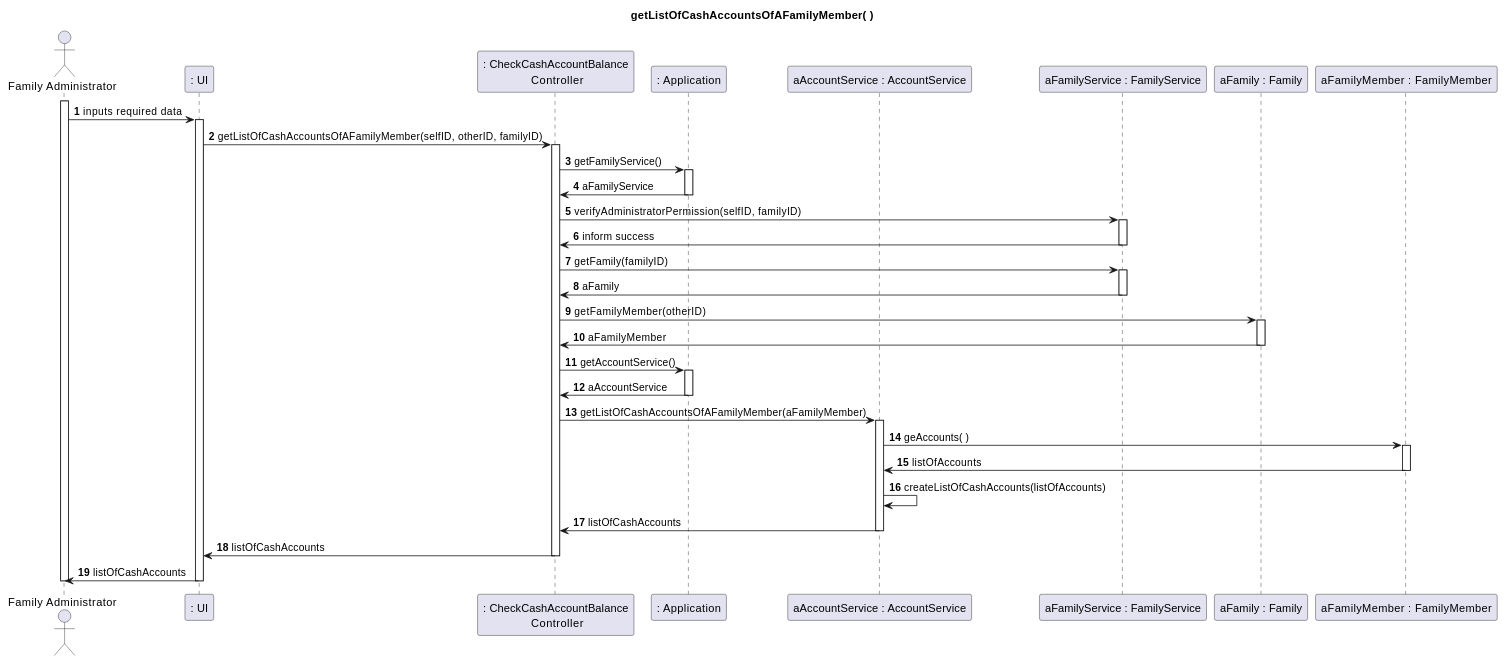
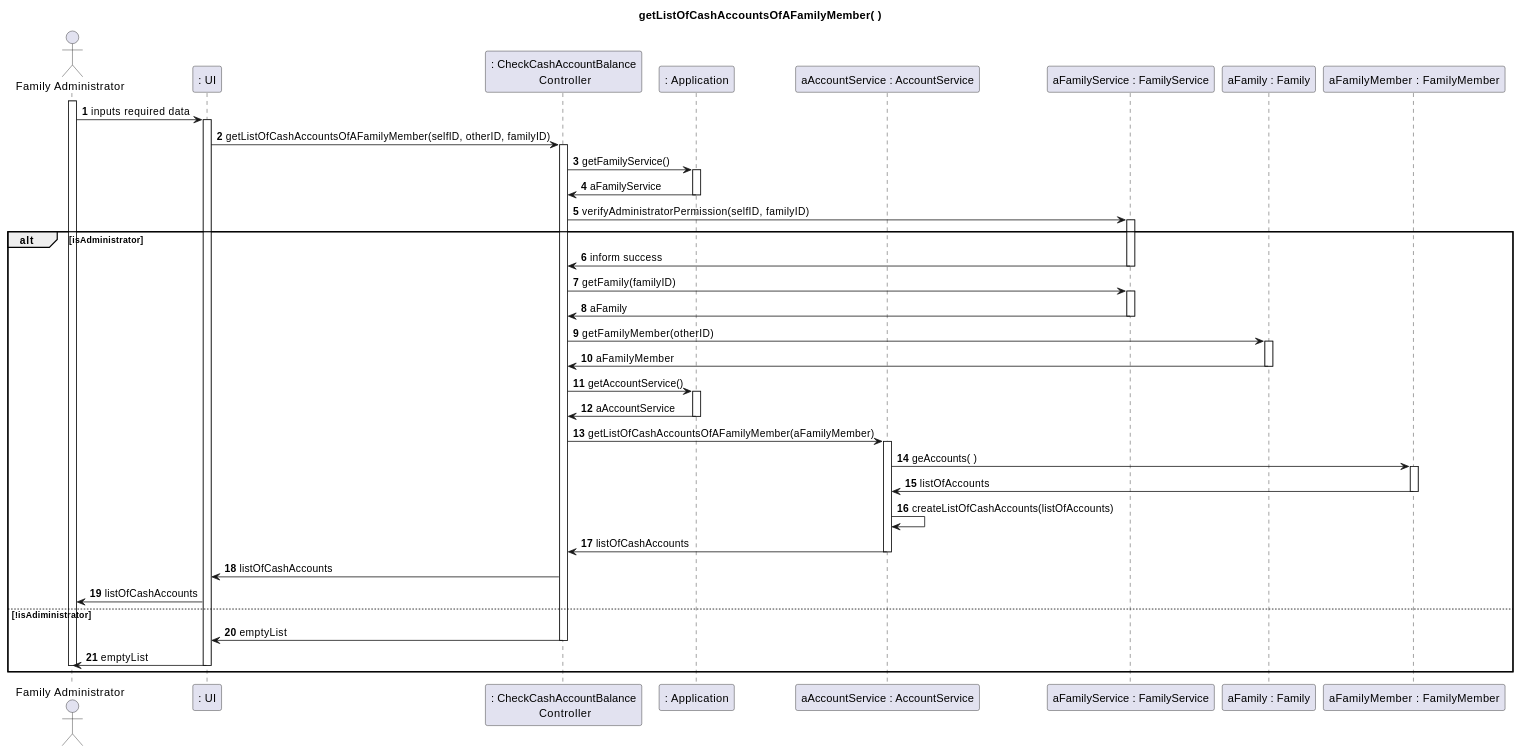
One commit to tomas-osswald/switch_2020_g3 changed the sixth of 7 diagrams in docs/sprint2/user_stories/US135_CheckFamilyOrFamilyMemberCashAccountBalance.md. Above: the diagram before and after it, drawn with PlantUML. The commit also changed other lines of this file and 2 other files, not shown here.

````diff
--- a/docs/sprint2/user_stories/US135_CheckFamilyOrFamilyMemberCashAccountBalance.md
+++ b/docs/sprint2/user_stories/US135_CheckFamilyOrFamilyMemberCashAccountBalance.md
@@ -306,62 +328,69 @@
 ```puml
 autonumber 1
 title getListOfCashAccountsOfAFamilyMember( )
 actor "Family Administrator" as actor
 participant ": UI" as UI
 participant ": CheckCashAccountBalance\n Controller" as controller
 participant ": Application" as app
 participant "aAccountService : AccountService" as aserv
 participant "aFamilyService : FamilyService" as fserv
 participant "aFamily : Family" as family
 participant "aFamilyMember : FamilyMember" as familyMember
 
 activate actor
 actor -> UI : inputs required data
 activate UI
 UI -> controller : getListOfCashAccountsOfAFamilyMember(selfID, otherID, familyID)
 
 activate controller
 controller -> app : getFamilyService()
 activate app
 app -> controller : aFamilyService
 deactivate app
 
 controller -> fserv : verifyAdministratorPermission(selfID, familyID)
+alt isAdministrator
 activate fserv
 fserv -> controller : inform success
 deactivate fserv
 
 controller -> fserv : getFamily(familyID)
 activate fserv
 fserv -> controller : aFamily
 deactivate fserv
 
 controller -> family : getFamilyMember(otherID)
 activate family
 family -> controller : aFamilyMember
 deactivate family
 
 controller -> app : getAccountService()
 activate app
 controller <- app : aAccountService
 deactivate app
 
 controller -> aserv : getListOfCashAccountsOfAFamilyMember(aFamilyMember)
 activate aserv
 aserv -> familyMember : geAccounts( )
 activate familyMember
 
 familyMember -> aserv : listOfAccounts
 deactivate familyMember
 
 aserv -> aserv : createListOfCashAccounts(listOfAccounts)
 aserv -> controller : listOfCashAccounts
 deactivate aserv
 
 controller -> UI : listOfCashAccounts
+UI -> actor : listOfCashAccounts
+else !isAdiministrator
+
+controller -> UI : emptyList
 deactivate controller
 
-UI -> actor : listOfCashAccounts
+UI -> actor : emptyList
 deactivate UI
 deactivate actor
+
+end
 ```
````
